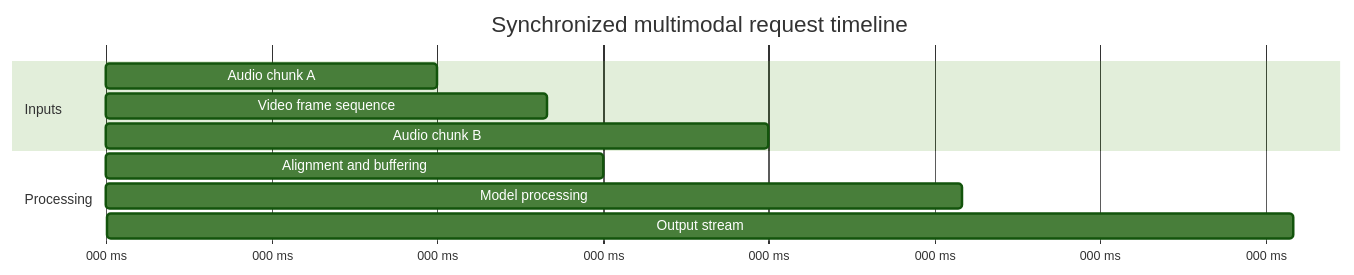
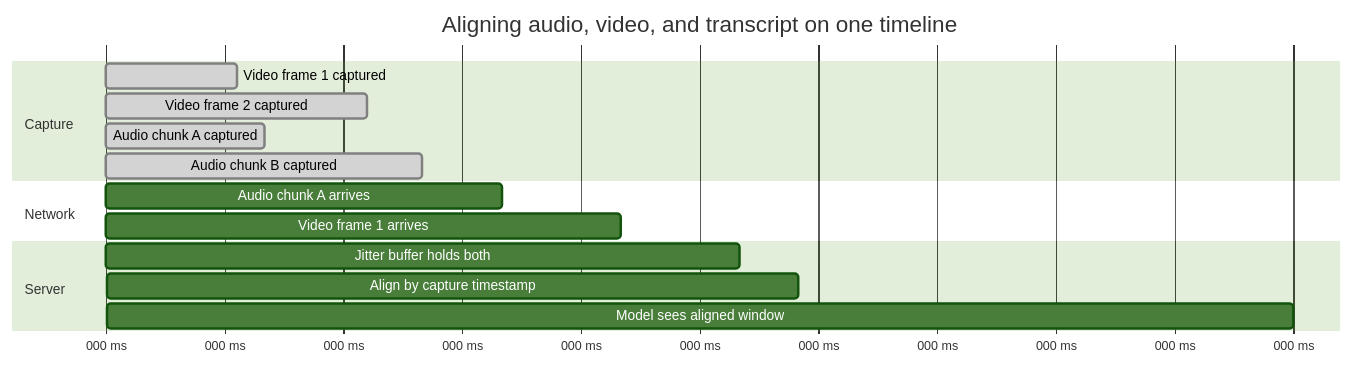
Diagram 15 of 17 in 16_AI_and_GenAI/CH23_Multimodal_Generative_AI.md (joydasss/Architect), drawn with Mermaid (forest theme) before and after one commit. The commit also changed other lines of this file and 295 other files, not shown here.

````diff
--- a/16_AI_and_GenAI/CH23_Multimodal_Generative_AI.md
+++ b/16_AI_and_GenAI/CH23_Multimodal_Generative_AI.md
@@ -72,14 +1151,18 @@
 ```mermaid
 gantt
-    title Synchronized multimodal request timeline
+    title Aligning audio, video, and transcript on one timeline
     dateFormat X
     axisFormat %L ms
-    section Inputs
-    Audio chunk A :0, 120
-    Video frame sequence :0, 160
-    Audio chunk B :120, 240
-    section Processing
-    Alignment and buffering :0, 180
-    Model processing :180, 310
-    Output stream :310, 430
+    section Capture
+    Video frame 1 captured :done, 0, 33
+    Video frame 2 captured :done, 33, 66
+    Audio chunk A captured :done, 0, 40
+    Audio chunk B captured :done, 40, 80
+    section Network
+    Audio chunk A arrives :60, 100
+    Video frame 1 arrives :90, 130
+    section Server
+    Jitter buffer holds both :100, 160
+    Align by capture timestamp :160, 175
+    Model sees aligned window :175, 300
 ```
````
